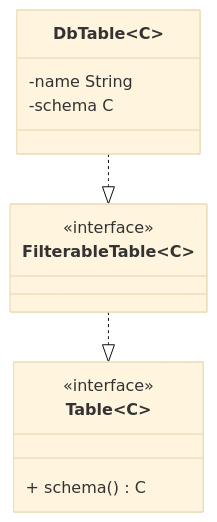
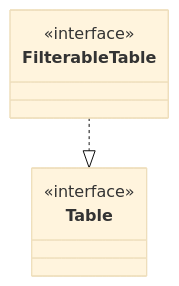
The first of 10 diagrams in docs/domain.md (safarislava/QueryBricks), drawn with Mermaid (base theme) before and after one commit. The commit also changed other lines of this file, not shown here.

Commit message:
docs: Remove schema

````diff
--- a/docs/domain.md
+++ b/docs/domain.md
@@ -1,19 +1,11 @@
 ```mermaid
 classDiagram
-    %% cхему можно кодогенерировать
-    class Table~C~ {
+    class Table {
         <<interface>>
-        + schema() C
     }
 
-    class FilterableTable~C~ {
+    class FilterableTable {
         <<interface>>
     }
     FilterableTable ..|> Table
-    
-    class DbTable~C~ {
-        -name String
-        -schema C
-    }
-    DbTable ..|> FilterableTable
 ```
````
